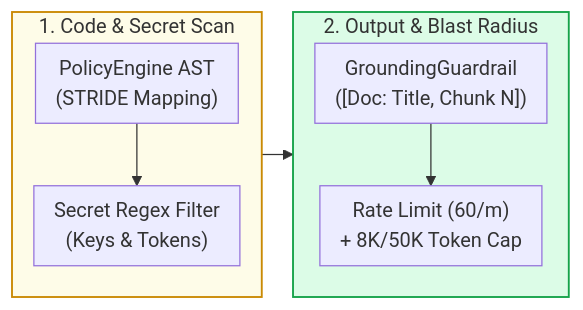
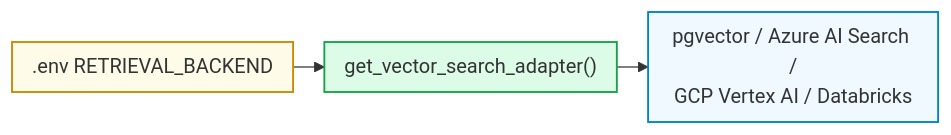
One commit to Kenono2000/enterprise-rag-pgvector-rbac changed the sixth of 6 diagrams in README.md. Above: the diagram before and after it, drawn with Mermaid. The commit also changed other lines of this file, not shown here.

````diff
--- a/README.md
+++ b/README.md
@@ -318,15 +101,8 @@
 ```mermaid
 %%{init: {'flowchart': {'nodeSpacing': 15, 'rankSpacing': 25, 'padding': 8}}}%%
 flowchart LR
-    subgraph Static ["1. Code &amp; Secret Scan"]
-        direction TB
-        AST["PolicyEngine AST<br/>(STRIDE Mapping)"] --> Secret["Secret Regex Filter<br/>(Keys &amp; Tokens)"]
-    end
-    subgraph Runtime ["2. Output &amp; Blast Radius"]
-        direction TB
-        Ground["GroundingGuardrail<br/>([Doc: Title, Chunk N])"] --> Limit["Rate Limit (60/m)<br/>+ 8K/50K Token Cap"]
-    end
-    Static --> Runtime
-    style Static fill:#fefce8,stroke:#ca8a04,stroke-width:1.5px
-    style Runtime fill:#dcfce7,stroke:#16a34a,stroke-width:1.5px
+    Env[".env RETRIEVAL_BACKEND"] --> Adapter["get_vector_search_adapter()"] --> Eng["pgvector / Azure AI Search /<br/>GCP Vertex AI / Databricks"]
+    style Env fill:#fefce8,stroke:#ca8a04,stroke-width:1.5px
+    style Adapter fill:#dcfce7,stroke:#16a34a,stroke-width:1.5px
+    style Eng fill:#f0f9ff,stroke:#0284c7,stroke-width:1.5px
 ```
````
